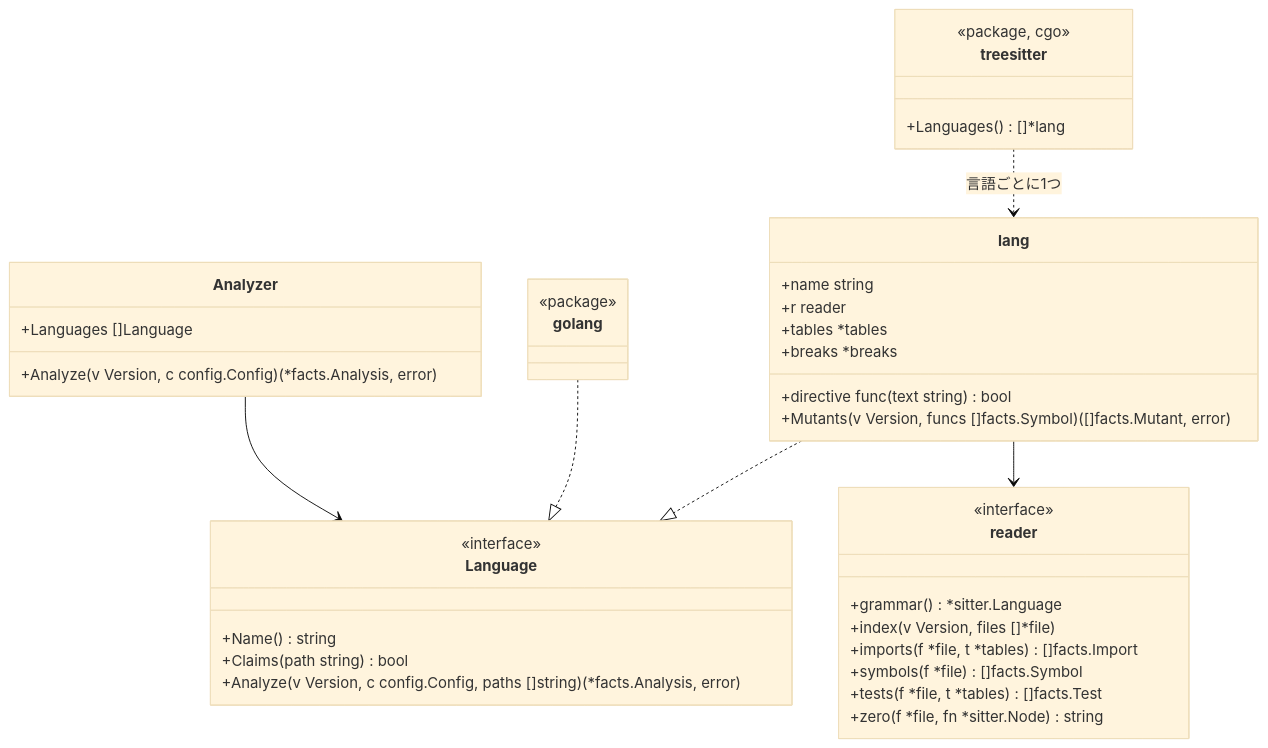
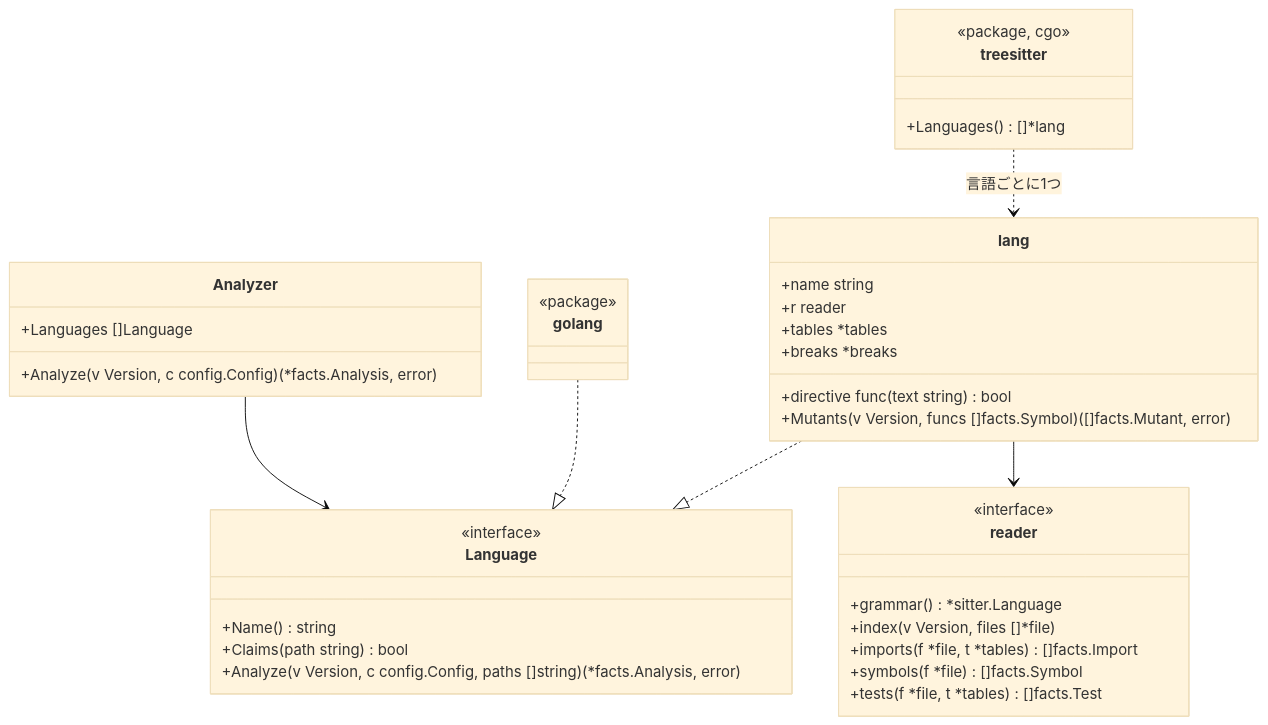
The diagram in docs/design/adapters-treesitter.ja.md (rerorets/hadome), drawn with Mermaid (base theme) before and after one commit. The commit also changed other lines of this file and 6 other files, not shown here.

````diff
--- a/docs/design/adapters-treesitter.ja.md
+++ b/docs/design/adapters-treesitter.ja.md
@@ -7,42 +7,41 @@
 ```mermaid
 classDiagram
   class Analyzer {
     +Languages []Language
     +Analyze(v Version, c config.Config) (*facts.Analysis, error)
   }
   class Language {
     <<interface>>
     +Name() string
     +Claims(path string) bool
     +Analyze(v Version, c config.Config, paths []string) (*facts.Analysis, error)
   }
   class golang {
     <<package>>
   }
   class treesitter {
     <<package, cgo>>
     +Languages() []*lang
   }
   class lang {
     +name string
     +r reader
     +tables *tables
     +directive func(text string) bool
     +breaks *breaks
     +Mutants(v Version, funcs []facts.Symbol) ([]facts.Mutant, error)
   }
   class reader {
     <<interface>>
     +grammar() *sitter.Language
     +index(v Version, files []*file)
     +imports(f *file, t *tables) []facts.Import
     +symbols(f *file) []facts.Symbol
     +tests(f *file, t *tables) []facts.Test
-    +zero(f *file, fn *sitter.Node) string
   }
   Analyzer --> Language
   golang ..|> Language
   treesitter ..> lang : 言語ごとに1つ
   lang ..|> Language
   lang --> reader
 ```
````
